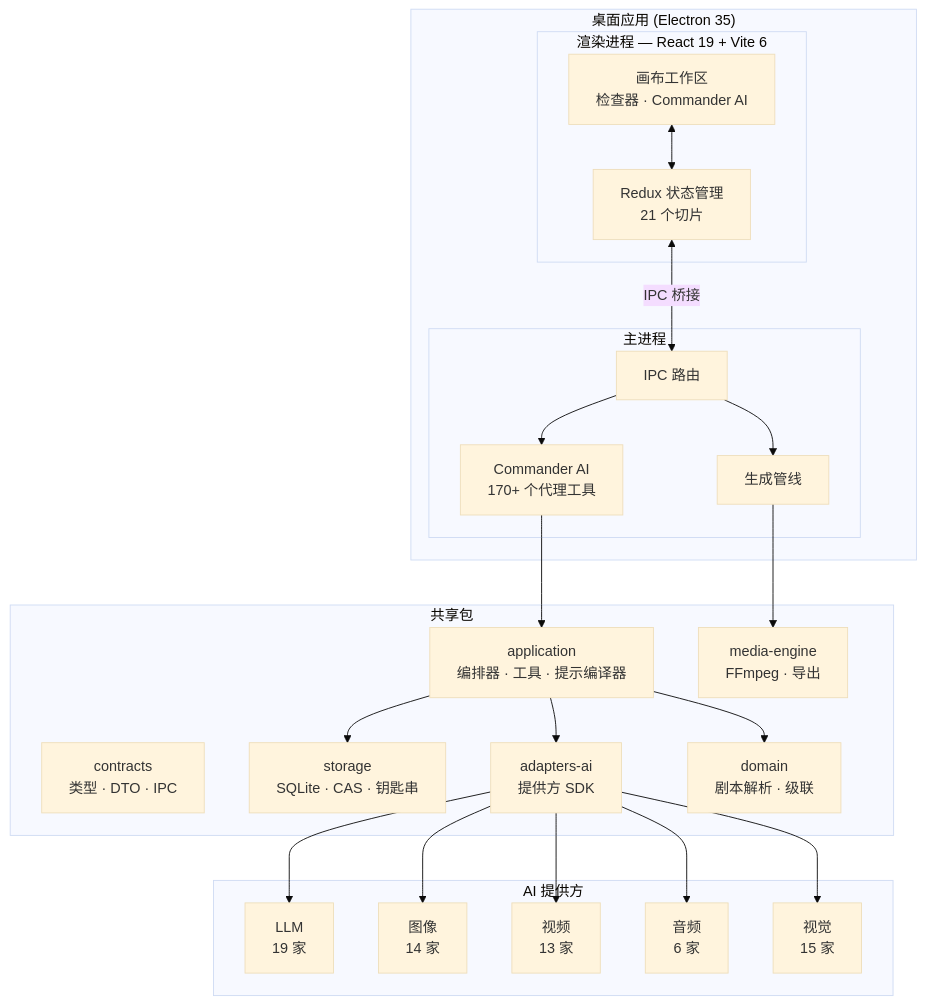
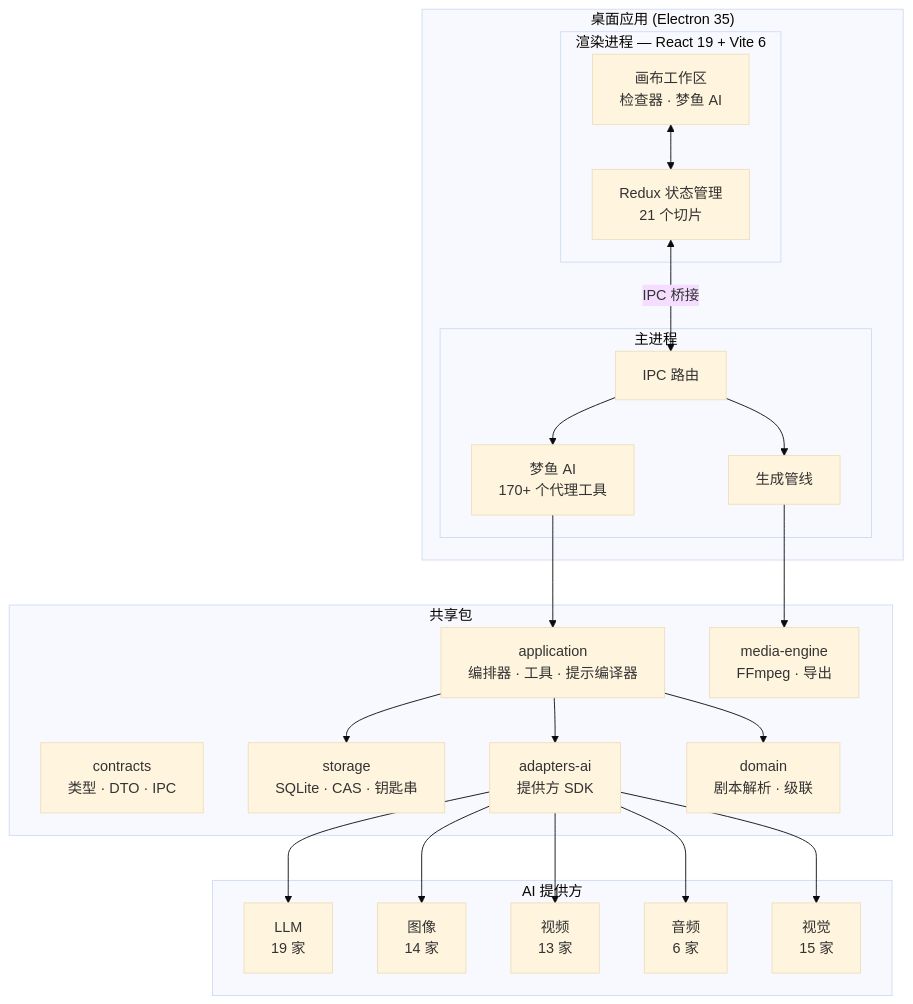
The diagram in README.zh-CN.md (NAinfini/Inifni-Lucid-Fin), drawn with Mermaid (base theme) before and after one commit. The commit also changed other lines of this file and 226 other files, not shown here.

````diff
--- a/README.zh-CN.md
+++ b/README.zh-CN.md
@@ -193,49 +193,49 @@
 ```mermaid
 graph TB
     subgraph Desktop["桌面应用 (Electron 35)"]
         subgraph Renderer["渲染进程 — React 19 + Vite 6"]
-            UI["画布工作区<br/>检查器 &middot; Commander AI"]
+            UI["画布工作区<br/>检查器 &middot; 梦鱼 AI"]
             Store["Redux 状态管理<br/>21 个切片"]
         end
 
         subgraph Main["主进程"]
             IPC["IPC 路由"]
             Pipeline["生成管线"]
-            Commander["Commander AI<br/>170+ 个代理工具"]
+            Commander["梦鱼 AI<br/>170+ 个代理工具"]
         end
 
         UI <--> Store
         Store <-- "IPC 桥接" --> IPC
         IPC --> Pipeline
         IPC --> Commander
     end
 
     subgraph Packages["共享包"]
         Contracts["contracts<br/>类型 &middot; DTO &middot; IPC"]
         AppLayer["application<br/>编排器 &middot; 工具 &middot; 提示编译器"]
         Storage["storage<br/>SQLite &middot; CAS &middot; 钥匙串"]
         Adapters["adapters-ai<br/>提供方 SDK"]
         Domain["domain<br/>剧本解析 &middot; 级联"]
         Media["media-engine<br/>FFmpeg &middot; 导出"]
     end
 
     Commander --> AppLayer
     Pipeline --> Media
     AppLayer --> Storage
     AppLayer --> Adapters
     AppLayer --> Domain
 
     subgraph Providers["AI 提供方"]
         LLM["LLM<br/>19 家"]
         IMG["图像<br/>14 家"]
         VID["视频<br/>13 家"]
         AUD["音频<br/>6 家"]
         VIS["视觉<br/>15 家"]
     end
 
     Adapters --> LLM
     Adapters --> IMG
     Adapters --> VID
     Adapters --> AUD
     Adapters --> VIS
 ```
````
